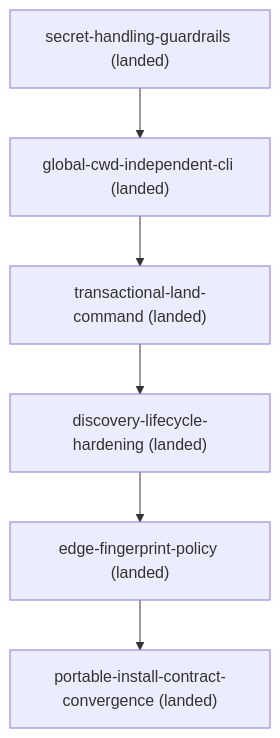
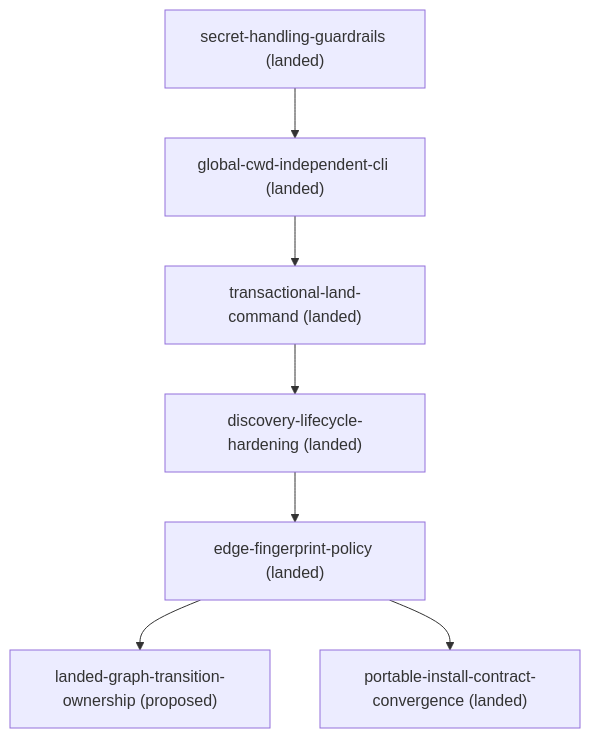
One commit to kli66/doc-contract changed the diagram in docs/roadmap.md. Above: the diagram before and after it, drawn with Mermaid. The commit also changed other lines of this file and 1 other file, not shown here.

Commit message:
docs: propose landed graph transition ownership

````diff
--- a/docs/roadmap.md
+++ b/docs/roadmap.md
@@ -26,14 +32,16 @@
 ```mermaid
 flowchart TD
     discovery_lifecycle_hardening["discovery-lifecycle-hardening (landed)"]
     edge_fingerprint_policy["edge-fingerprint-policy (landed)"]
     global_cwd_independent_cli["global-cwd-independent-cli (landed)"]
+    landed_graph_transition_ownership["landed-graph-transition-ownership (proposed)"]
     portable_install_contract_convergence["portable-install-contract-convergence (landed)"]
     secret_handling_guardrails["secret-handling-guardrails (landed)"]
     transactional_land_command["transactional-land-command (landed)"]
     discovery_lifecycle_hardening --> edge_fingerprint_policy
+    edge_fingerprint_policy --> landed_graph_transition_ownership
     edge_fingerprint_policy --> portable_install_contract_convergence
     global_cwd_independent_cli --> transactional_land_command
     secret_handling_guardrails --> global_cwd_independent_cli
     transactional_land_command --> discovery_lifecycle_hardening
 ```
````
